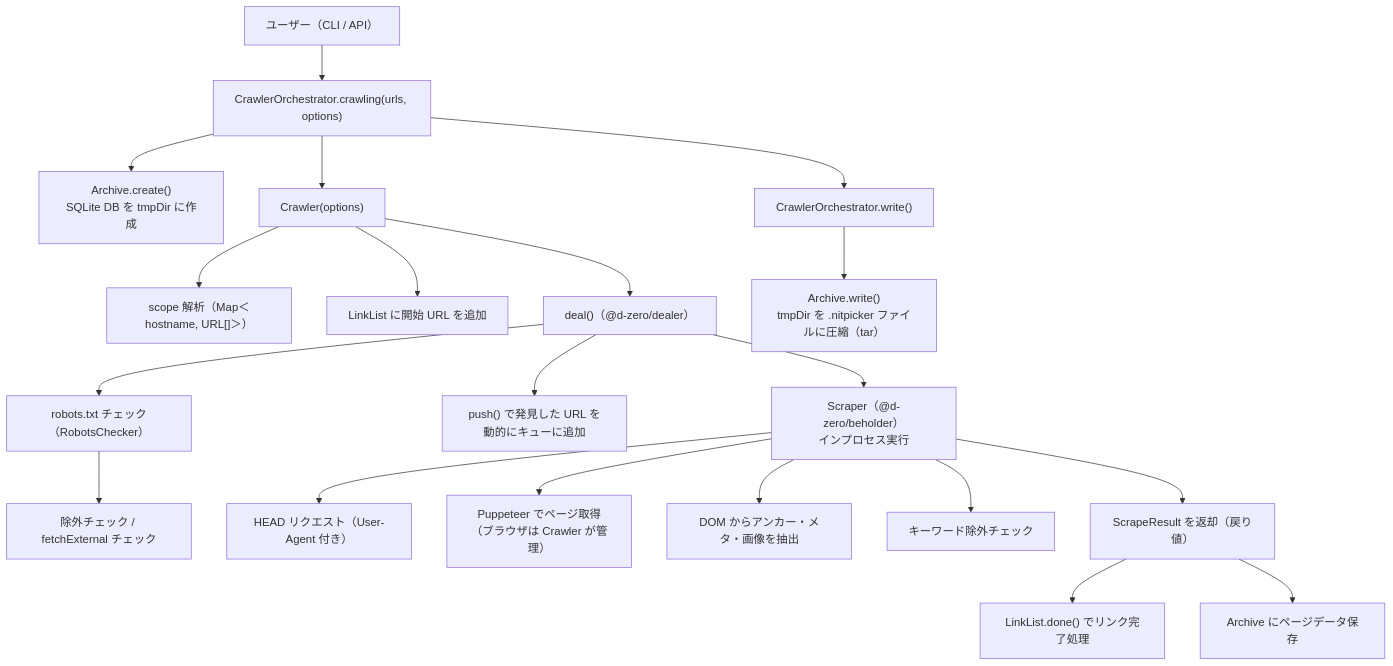
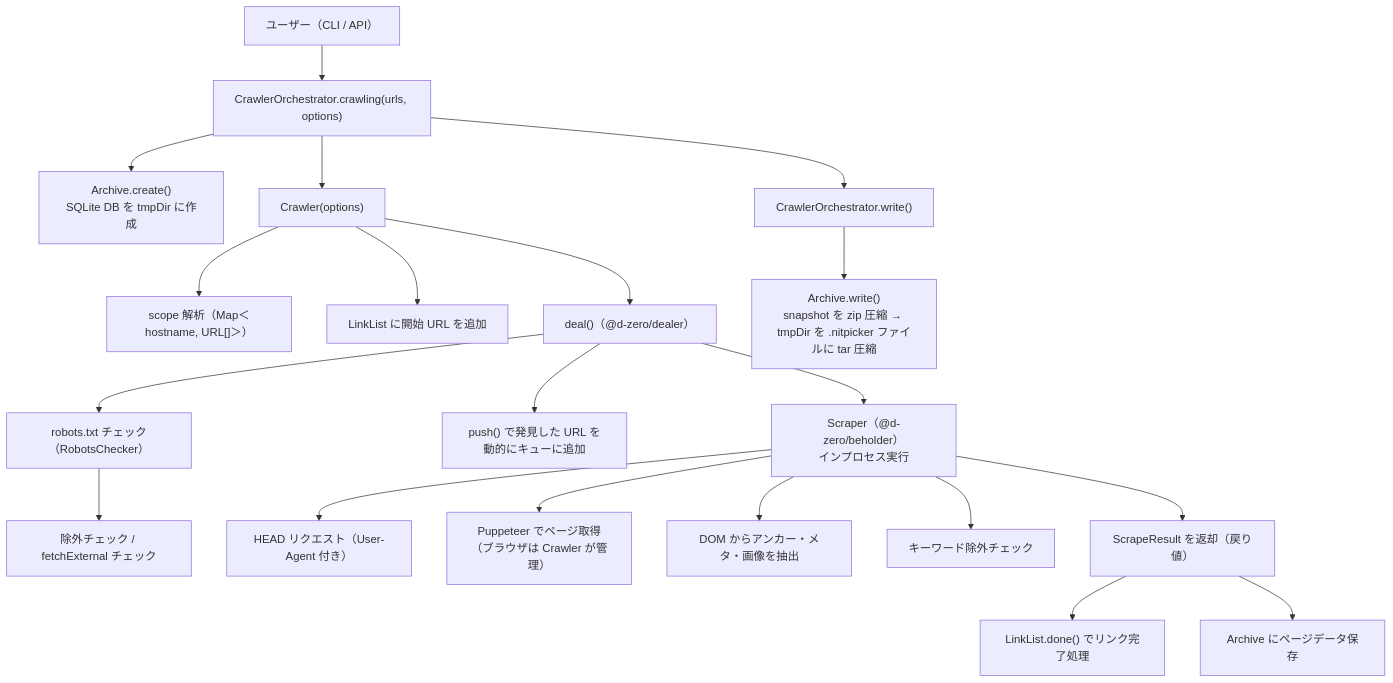
The first of 4 diagrams in ARCHITECTURE.md (d-zero-dev/nitpicker), drawn with Mermaid before and after one commit. The commit also changed other lines of this file, not shown here.

First line of the commit message:
docs: ARCHITECTURE.md の実装との不一致を修正

````diff
--- a/ARCHITECTURE.md
+++ b/ARCHITECTURE.md
@@ -40,28 +40,28 @@
 ```mermaid
 flowchart TD
     User["ユーザー（CLI / API）"] --> Crawling["CrawlerOrchestrator.crawling(urls, options)"]
 
     Crawling --> Archive["Archive.create()<br/>SQLite DB を tmpDir に作成"]
     Crawling --> Crawler["Crawler(options)"]
 
     Crawler --> Scope["scope 解析（Map＜hostname, URL[]＞）"]
     Crawler --> LinkList["LinkList に開始 URL を追加"]
     Crawler --> Deal["deal()（@d-zero/dealer）"]
 
     Deal --> RobotsCheck["robots.txt チェック（RobotsChecker）"]
     RobotsCheck --> Checks["除外チェック / fetchExternal チェック"]
     Deal --> Push["push() で発見した URL を動的にキューに追加"]
 
     Deal --> Beholder["Scraper（@d-zero/beholder）<br/>インプロセス実行"]
     Beholder --> Head["HEAD リクエスト（User-Agent 付き）"]
     Beholder --> Puppeteer["Puppeteer でページ取得<br/>（ブラウザは Crawler が管理）"]
     Beholder --> DOM["DOM からアンカー・メタ・画像を抽出"]
     Beholder --> Keyword["キーワード除外チェック"]
 
     Beholder --> Result["ScrapeResult を返却（戻り値）"]
     Result --> Done["LinkList.done() でリンク完了処理"]
     Result --> Save["Archive にページデータ保存"]
 
     Crawling --> Write["CrawlerOrchestrator.write()"]
-    Write --> ArchiveWrite["Archive.write()<br/>tmpDir を .nitpicker ファイルに圧縮（tar）"]
+    Write --> ArchiveWrite["Archive.write()<br/>snapshot を zip 圧縮 → tmpDir を .nitpicker ファイルに tar 圧縮"]
 ```
````
